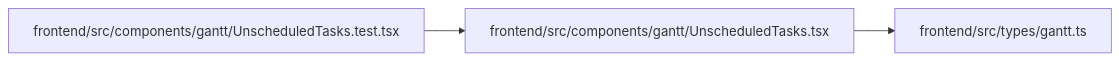
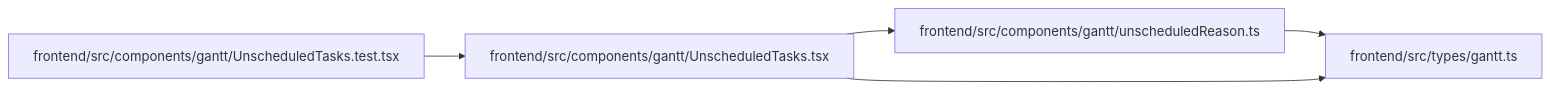
The diagram in docs/llm_wiki/modules/UnscheduledTasks.md (Denissvgn/WorkChord), drawn with Mermaid before and after one commit. The commit also changed other lines of this file and 724 other files, not shown here.

Commit message:
Sync the architectural wiki for keeping postponed tasks out of scheduling

````diff
--- a/docs/llm_wiki/modules/UnscheduledTasks.md
+++ b/docs/llm_wiki/modules/UnscheduledTasks.md
@@ -27,11 +28,15 @@
 ```mermaid
 flowchart LR
-    n0["frontend/src/components/gantt/UnscheduledTasks.test.tsx"]
-    n1["frontend/src/components/gantt/UnscheduledTasks.tsx"]
-    n2["frontend/src/types/gantt.ts"]
-    n0 --> n1
+    n0["frontend/src/components/gantt/unscheduledReason.ts"]
+    n1["frontend/src/components/gantt/UnscheduledTasks.test.tsx"]
+    n2["frontend/src/components/gantt/UnscheduledTasks.tsx"]
+    n3["frontend/src/types/gantt.ts"]
+    n0 --> n3
     n1 --> n2
-    click n0 "../modules/UnscheduledTasks.test.md"
-    click n1 "../modules/UnscheduledTasks.md"
-    click n2 "../modules/types_gantt.md"
+    n2 --> n0
+    n2 --> n3
+    click n0 "../modules/unscheduledReason.md"
+    click n1 "../modules/UnscheduledTasks.test.md"
+    click n2 "../modules/UnscheduledTasks.md"
+    click n3 "../modules/types_gantt.md"
 ```
````
